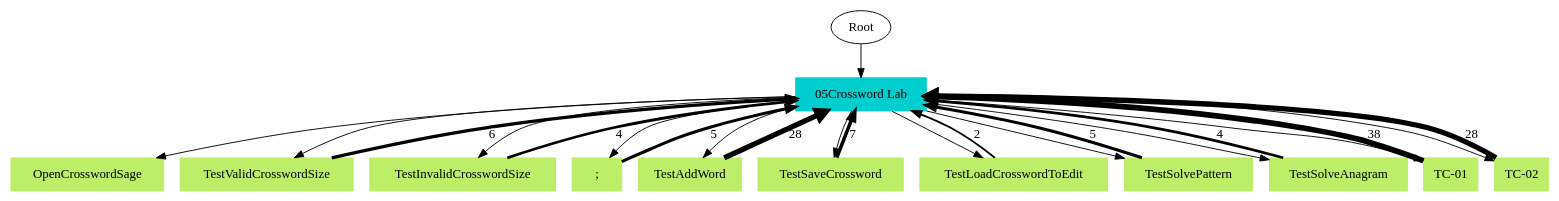
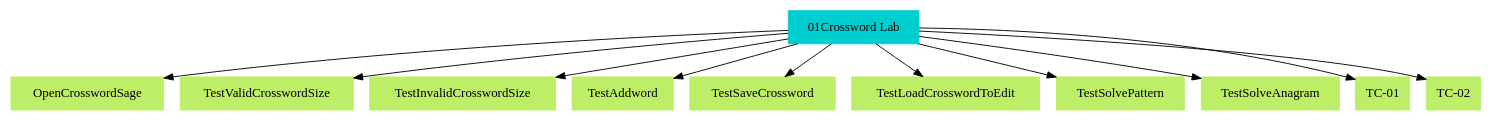
Before and after one commit to mypstom/robotide: the diagram in TS2TC.gv, drawn with Graphviz. The commit also changed 26 other files, not shown here.

```diff
--- a/TS2TC.gv
+++ b/TS2TC.gv
@@ -1,38 +1,24 @@
 // TS <-> TC
 digraph {
-	Root
-	"05Crossword Lab" [color=cyan3 shape=box style=filled]
-		Root -> "05Crossword Lab"
+	"01Crossword Lab" [color=cyan3 shape=box style=filled]
 	OpenCrosswordSage [color=darkolivegreen2 shape=box style=filled]
-		"05Crossword Lab" -> OpenCrosswordSage
+		"01Crossword Lab" -> OpenCrosswordSage [len=10]
 	TestValidCrosswordSize [color=darkolivegreen2 shape=box style=filled]
-		"05Crossword Lab" -> TestValidCrosswordSize
+		"01Crossword Lab" -> TestValidCrosswordSize [len=10]
 	TestInvalidCrosswordSize [color=darkolivegreen2 shape=box style=filled]
-		"05Crossword Lab" -> TestInvalidCrosswordSize
-	";" [color=darkolivegreen2 shape=box style=filled]
-		"05Crossword Lab" -> ";"
-	TestAddWord [color=darkolivegreen2 shape=box style=filled]
-		"05Crossword Lab" -> TestAddWord
+		"01Crossword Lab" -> TestInvalidCrosswordSize [len=10]
+	TestAddword [color=darkolivegreen2 shape=box style=filled]
+		"01Crossword Lab" -> TestAddword [len=10]
 	TestSaveCrossword [color=darkolivegreen2 shape=box style=filled]
-		"05Crossword Lab" -> TestSaveCrossword
+		"01Crossword Lab" -> TestSaveCrossword [len=10]
 	TestLoadCrosswordToEdit [color=darkolivegreen2 shape=box style=filled]
-		"05Crossword Lab" -> TestLoadCrosswordToEdit
+		"01Crossword Lab" -> TestLoadCrosswordToEdit [len=10]
 	TestSolvePattern [color=darkolivegreen2 shape=box style=filled]
-		"05Crossword Lab" -> TestSolvePattern
+		"01Crossword Lab" -> TestSolvePattern [len=10]
 	TestSolveAnagram [color=darkolivegreen2 shape=box style=filled]
-		"05Crossword Lab" -> TestSolveAnagram
+		"01Crossword Lab" -> TestSolveAnagram [len=10]
 	"TC-01" [color=darkolivegreen2 shape=box style=filled]
-		"05Crossword Lab" -> "TC-01"
+		"01Crossword Lab" -> "TC-01" [len=10]
 	"TC-02" [color=darkolivegreen2 shape=box style=filled]
-		"05Crossword Lab" -> "TC-02"
-		";" -> "05Crossword Lab" [label=5 penwidth=3.32192809489]
-		TestSolveAnagram -> "05Crossword Lab" [label=4 penwidth=3.0]
-		TestInvalidCrosswordSize -> "05Crossword Lab" [label=4 penwidth=3.0]
-		TestSaveCrossword -> "05Crossword Lab" [label=7 penwidth=3.80735492206]
-		TestValidCrosswordSize -> "05Crossword Lab" [label=6 penwidth=3.58496250072]
-		TestLoadCrosswordToEdit -> "05Crossword Lab" [label=2 penwidth=2.0]
-		"TC-01" -> "05Crossword Lab" [label=38 penwidth=6.24792751344]
-		TestAddWord -> "05Crossword Lab" [label=28 penwidth=5.80735492206]
-		"TC-02" -> "05Crossword Lab" [label=28 penwidth=5.80735492206]
-		TestSolvePattern -> "05Crossword Lab" [label=5 penwidth=3.32192809489]
+		"01Crossword Lab" -> "TC-02" [len=10]
 }
```
